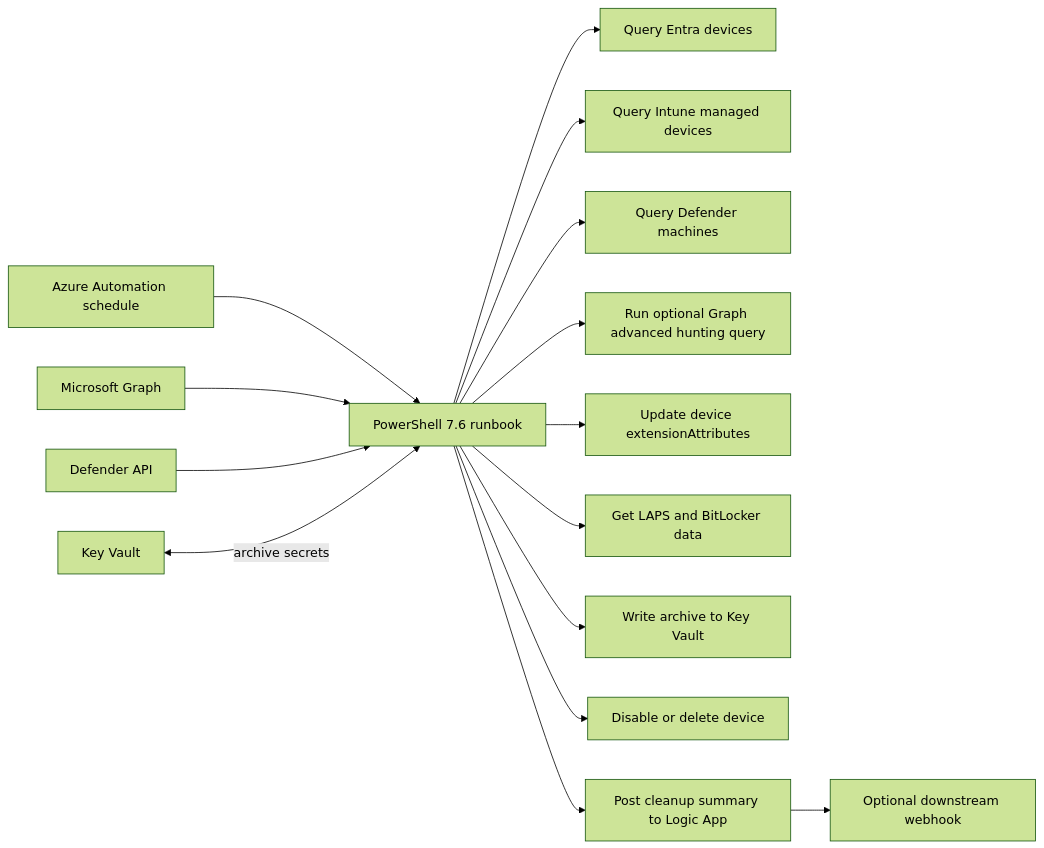
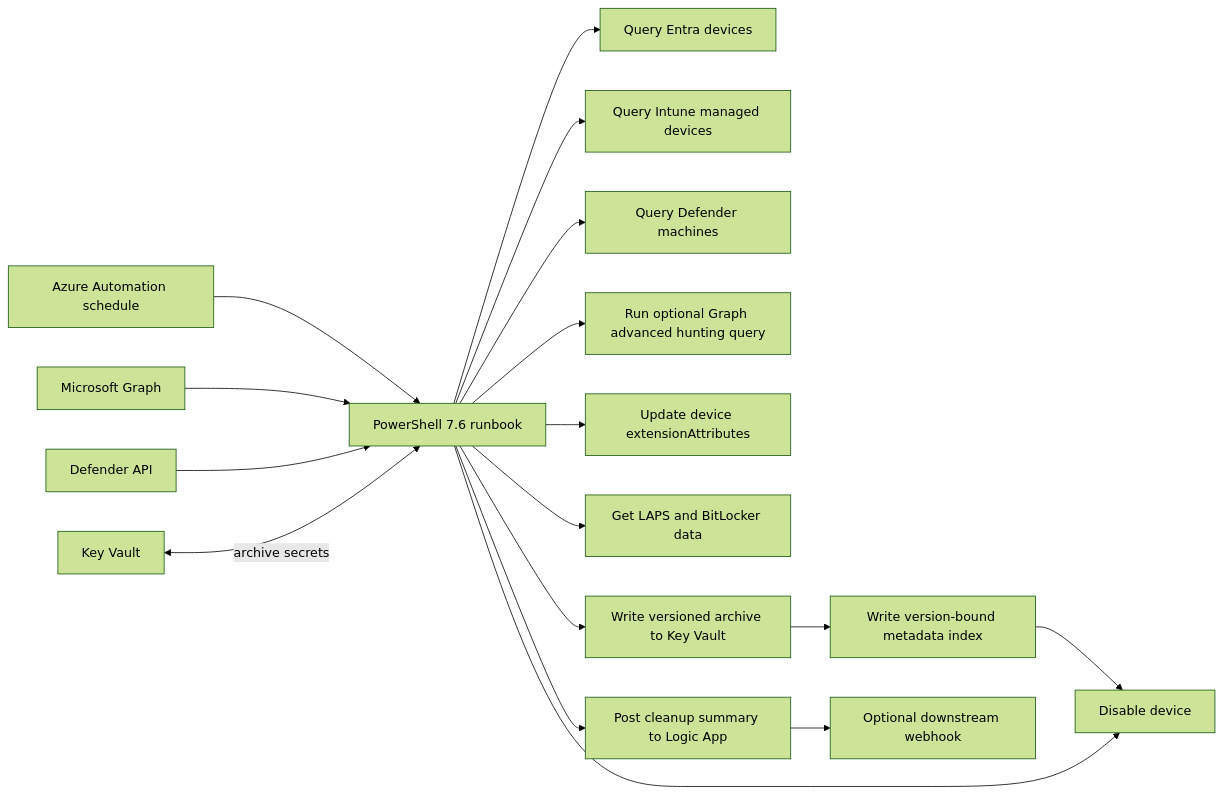
The first of 2 diagrams in docs/architecture.md (nathanmcnulty/azd-device-cleanup), drawn with Mermaid (forest theme) before and after one commit. The commit also changed other lines of this file and 24 other files, not shown here.

Commit message:
Add version-bound archive discovery indexes

````diff
--- a/docs/architecture.md
+++ b/docs/architecture.md
@@ -17,17 +17,19 @@
 ```mermaid
 flowchart LR
     A[Azure Automation schedule] --> B[PowerShell 7.6 runbook]
     B --> C[Query Entra devices]
     B --> D[Query Intune managed devices]
     B --> E[Query Defender machines]
     B --> F[Run optional Graph advanced hunting query]
     B --> G[Update device extensionAttributes]
     B --> H[Get LAPS and BitLocker data]
-    B --> I[Write archive to Key Vault]
-    B --> J[Disable or delete device]
+    B --> I[Write versioned archive to Key Vault]
+    I --> P[Write version-bound metadata index]
+    P --> J[Delete device]
+    B --> J[Disable device]
     B --> N[Post cleanup summary to Logic App]
     K[Microsoft Graph] --> B
     L[Defender API] --> B
     M[Key Vault] <-->|archive secrets| B
     N --> O[Optional downstream webhook]
 ```
````
